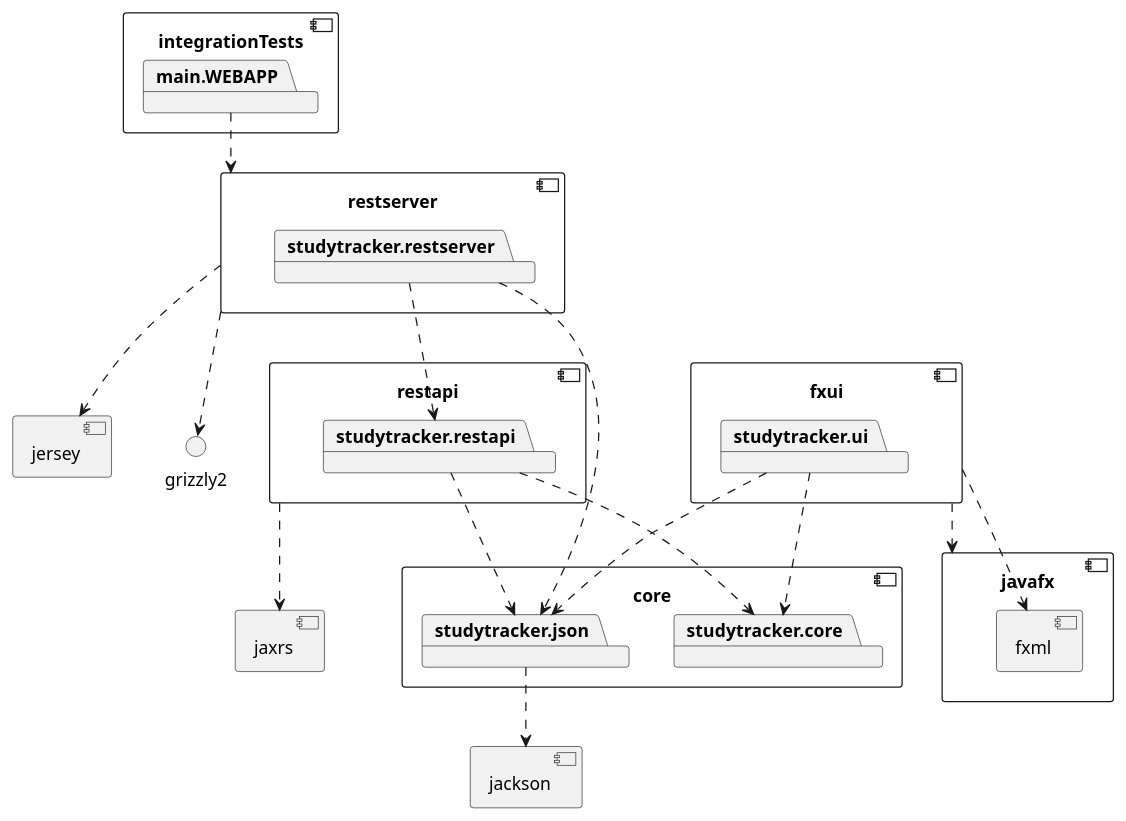
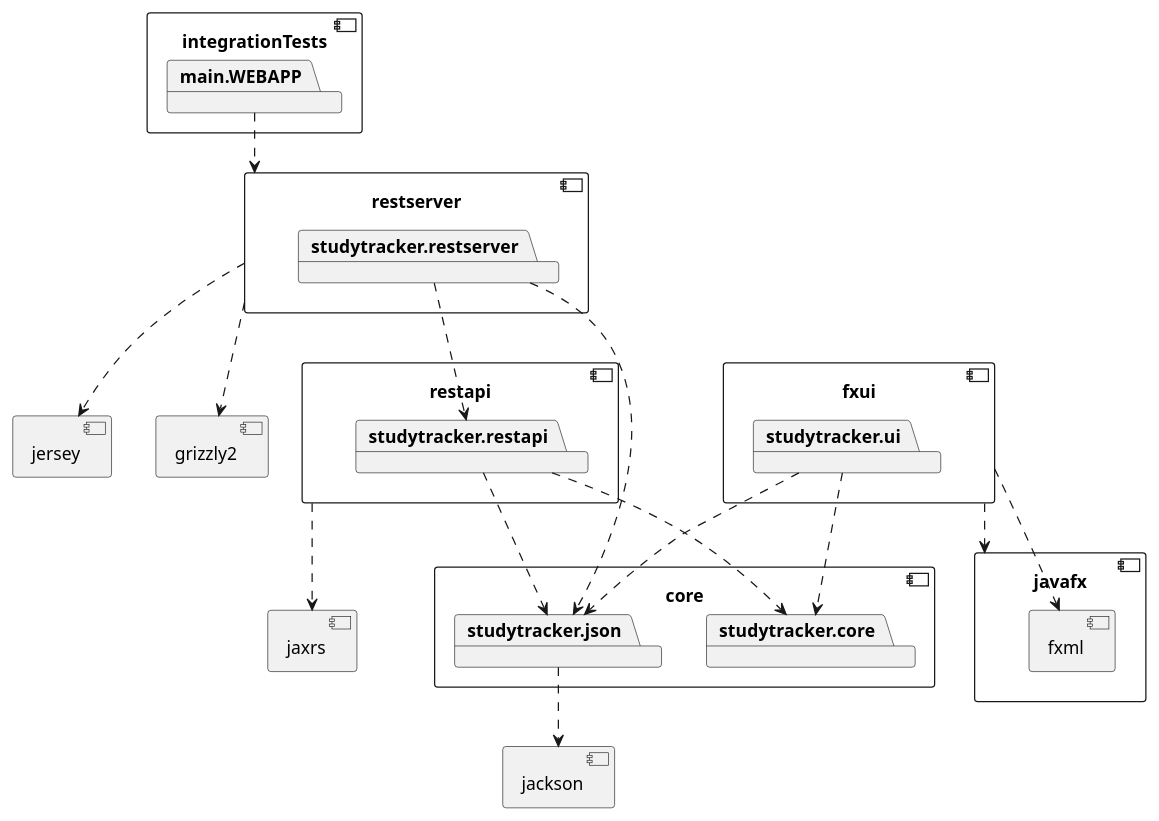
One commit to bmksimons/studytracker changed the fourth of 4 diagrams in IT1901/README.md. Above: the diagram before and after it, drawn with PlantUML.

````diff
--- a/IT1901/README.md
+++ b/IT1901/README.md
@@ -173,63 +173,66 @@
 ```plantuml
 @startuml
 
 component restserver {
 }
 
 component core {
 	package studytracker.core
 	package studytracker.json
 }
 component jackson {
 }
 
 studytracker.json ..> jackson
 
 
 component fxui {
 	package studytracker.ui
 }
 
 component javafx {
 	component fxml {
 	}
 }
 
 fxui ..> javafx
 fxui ..> fxml
 
 studytracker.ui ..> studytracker.core
 studytracker.ui ..> studytracker.json
 
 component restapi {
 	package studytracker.restapi
 }
 
 component jaxrs {
 }
 
 restapi ..> jaxrs
 
 studytracker.restapi ..> studytracker.core
 studytracker.restapi ..> studytracker.json
 
 component restserver {
 	package studytracker.restserver
 }
 studytracker.restserver ..> studytracker.restapi
 
 component jersey {
 }
 
+component grizzly2 {
+}
+
 restserver ..> jersey
 restserver ..> grizzly2
 
 component integrationTests {
     package main.WEBAPP
 }
 
 main.WEBAPP ..> restserver
 studytracker.restserver ..> studytracker.json
 
 @enduml
 ```
````
